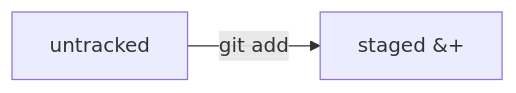
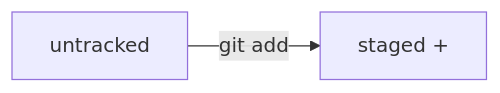
One commit to OlyaMoiseeva/serious-engineering changed the fourth of 4 diagrams in README.md. Above: the diagram before and after it, drawn with Mermaid.

Commit message:
testing mermaid in readme file

````diff
--- a/README.md
+++ b/README.md
@@ -58,4 +58,4 @@
 ```mermaid   
 graph LR; 
-  untracked -- "git add" --> B["staged &#43;"];
+  untracked -- "git add" --> B["staged +"];
 ```
````
